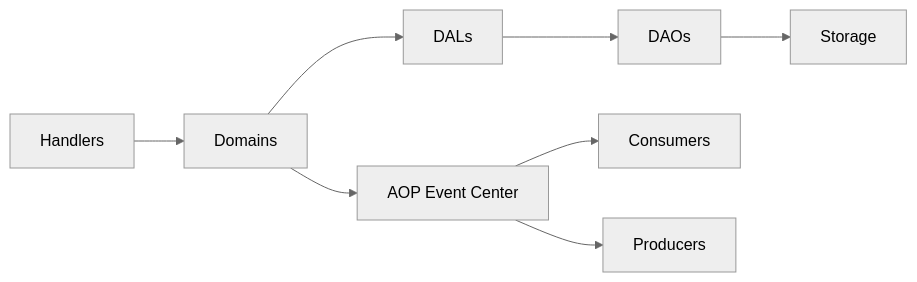
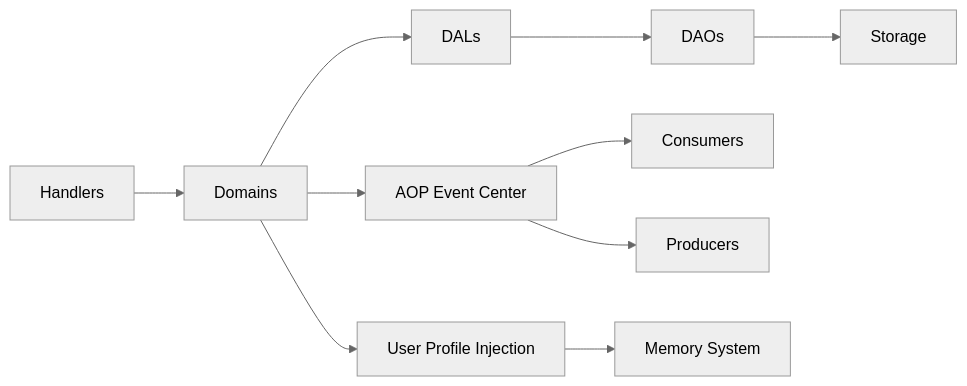
One commit to runningcoders/ai_orz changed the ninth of 9 diagrams in .qoder/repowiki/zh/content/项目概述/核心功能特性/核心功能特性.md. Above: the diagram before and after it, drawn with Mermaid (neutral theme). The commit also changed other lines of this file and 5 other files, not shown here.

````diff
--- a/.qoder/repowiki/zh/content/项目概述/核心功能特性/核心功能特性.md
+++ b/.qoder/repowiki/zh/content/项目概述/核心功能特性/核心功能特性.md
@@ -463,10 +554,12 @@
 ```mermaid
 graph LR
 H["Handlers"] --> D["Domains"]
 D --> DL["DALs"]
 DL --> DA["DAOs"]
 DA --> S["Storage"]
 D --> AOP["AOP Event Center"]
 AOP --> C["Consumers"]
 AOP --> P["Producers"]
+D --> U["User Profile Injection"]
+U --> M["Memory System"]
 ```
````
